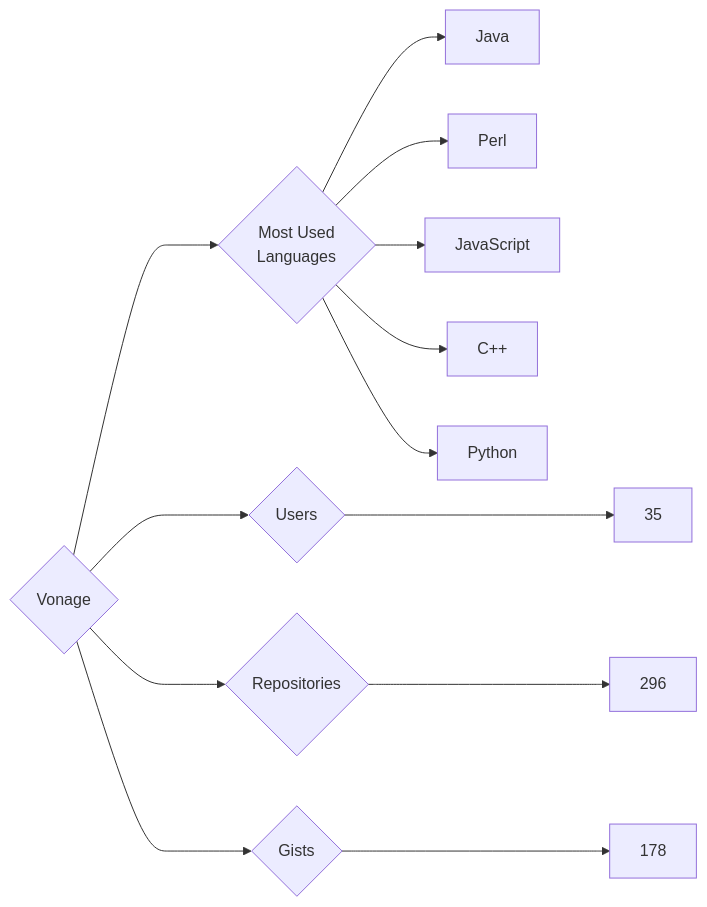
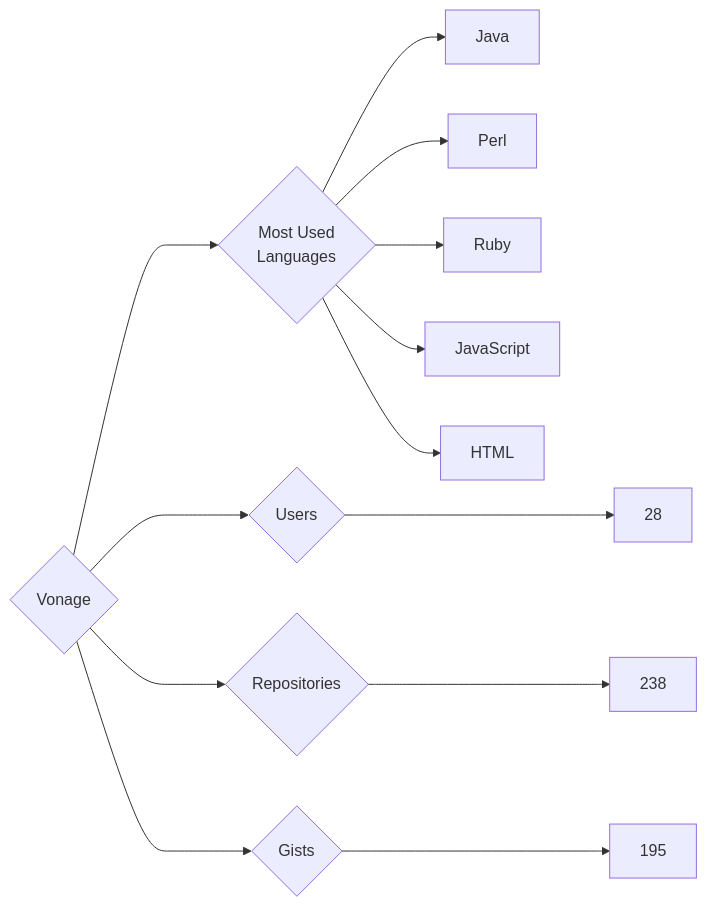
The diagram in targets/Vonage/README.md (trickest/insiders), drawn with Mermaid before and after one commit. The commit also changed 995 other files, not shown here.

````diff
--- a/targets/Vonage/README.md
+++ b/targets/Vonage/README.md
@@ -3,13 +3,13 @@
 ```mermaid
 graph LR
 COMPANY_NAME{Vonage}
-COMPANY_NAME ---> U{Users} ---> UN[35]
-COMPANY_NAME ---> R{Repositories} ---> RN[296]
-COMPANY_NAME ---> G{Gists} ---> GN[178]
+COMPANY_NAME ---> U{Users} ---> UN[28]
+COMPANY_NAME ---> R{Repositories} ---> RN[238]
+COMPANY_NAME ---> G{Gists} ---> GN[195]
 COMPANY_NAME ---> ML{Most Used<br>Languages}
 ML --> Java[Java]
 ML --> Perl[Perl]
+ML --> Ruby[Ruby]
 ML --> JavaScript[JavaScript]
-ML --> C++[C++]
-ML --> Python[Python]
+ML --> HTML[HTML]
 ```
````
